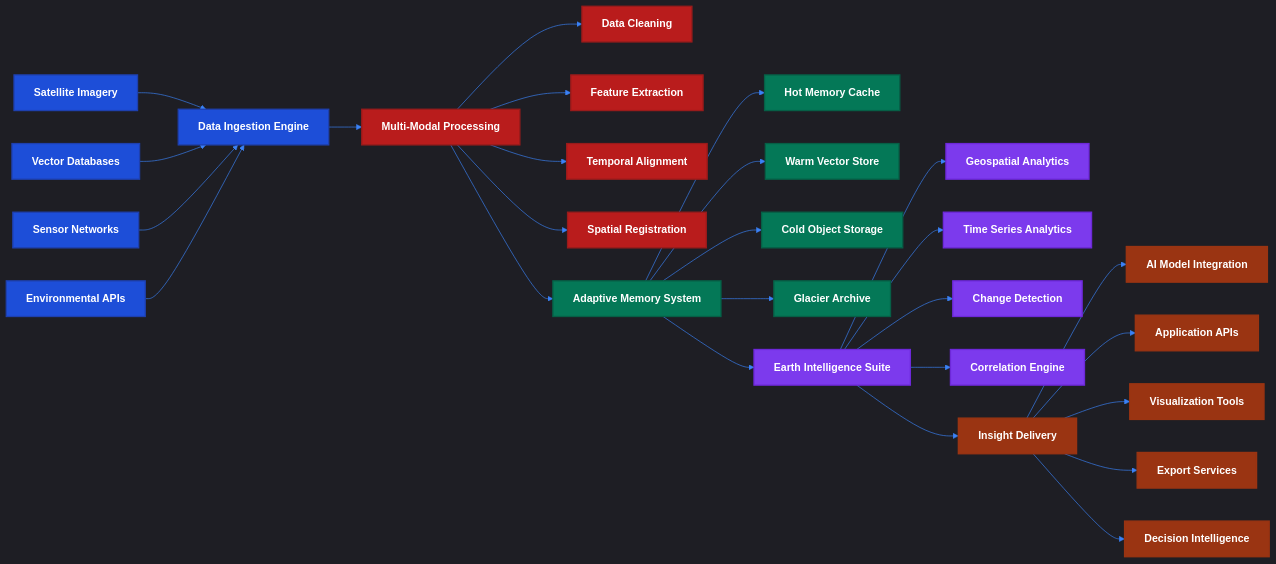
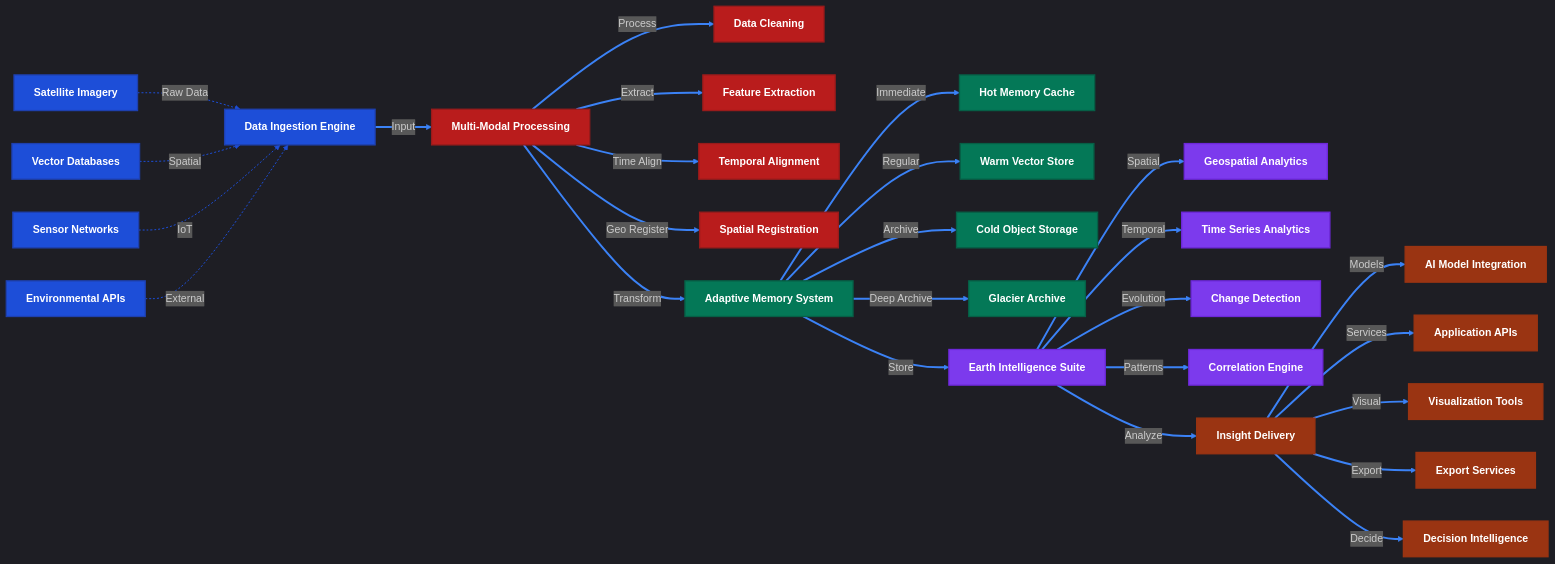
One commit to Vortx-AI/memories-dev changed the fourth of 7 diagrams in README.md. Above: the diagram before and after it, drawn with Mermaid. The commit also changed other lines of this file, not shown here.

Commit message:
Enhance Mermaid diagrams with improved styling, flow indicators, and visual hierarchy

````diff
--- a/README.md
+++ b/README.md
@@ -282,79 +302,82 @@
 ```mermaid
 %%{init: {'theme': 'dark', 'themeVariables': { 'primaryColor': '#0f172a', 'primaryTextColor': '#f8fafc', 'primaryBorderColor': '#334155', 'lineColor': '#3b82f6', 'secondaryColor': '#10b981', 'tertiaryColor': '#8b5cf6'}}}%%
 graph LR
-    classDef ingestion fill:#1d4ed8,stroke:#1e40af,stroke-width:2px,color:white,font-weight:bold
-    classDef processing fill:#b91c1c,stroke:#991b1b,stroke-width:2px,color:white,font-weight:bold
-    classDef storage fill:#047857,stroke:#065f46,stroke-width:2px,color:white,font-weight:bold
-    classDef analytics fill:#7c3aed,stroke:#6d28d9,stroke-width:2px,color:white,font-weight:bold
-    classDef delivery fill:#9a3412,stroke:#9a3412,stroke-width:2px,color:white,font-weight:bold
+    classDef ingestion fill:#1d4ed8,stroke:#1e40af,stroke-width:2px,color:white,font-weight:bold,rounded:true
+    classDef processing fill:#b91c1c,stroke:#991b1b,stroke-width:2px,color:white,font-weight:bold,rounded:true
+    classDef storage fill:#047857,stroke:#065f46,stroke-width:2px,color:white,font-weight:bold,rounded:true
+    classDef analytics fill:#7c3aed,stroke:#6d28d9,stroke-width:2px,color:white,font-weight:bold,rounded:true
+    classDef delivery fill:#9a3412,stroke:#9a3412,stroke-width:2px,color:white,font-weight:bold,rounded:true
     
     %% Data Ingestion Nodes
-    A1[Satellite Imagery] --> A
-    A2[Vector Databases] --> A
-    A3[Sensor Networks] --> A
-    A4[Environmental APIs] --> A
-    A[Data Ingestion Engine] --> B
+    A1[Satellite Imagery] -.->|"Raw Data"| A
+    A2[Vector Databases] -.->|"Spatial"| A
+    A3[Sensor Networks] -.->|"IoT"| A
+    A4[Environmental APIs] -.->|"External"| A
+    A[Data Ingestion Engine] ==>|"Input"| B
     
     %% Data Processing Nodes
-    B --> B1[Data Cleaning]
-    B --> B2[Feature Extraction]
-    B --> B3[Temporal Alignment]
-    B --> B4[Spatial Registration]
-    B[Multi-Modal Processing] --> C
+    B ==>|"Process"| B1[Data Cleaning]
+    B ==>|"Extract"| B2[Feature Extraction]
+    B ==>|"Time Align"| B3[Temporal Alignment]
+    B ==>|"Geo Register"| B4[Spatial Registration]
+    B[Multi-Modal Processing] ==>|"Transform"| C
     
     %% Storage Nodes
-    C --> C1[Hot Memory Cache]
-    C --> C2[Warm Vector Store]
-    C --> C3[Cold Object Storage]
-    C --> C4[Glacier Archive]
-    C[Adaptive Memory System] --> D
+    C ==>|"Immediate"| C1[Hot Memory Cache]
+    C ==>|"Regular"| C2[Warm Vector Store]
+    C ==>|"Archive"| C3[Cold Object Storage]
+    C ==>|"Deep Archive"| C4[Glacier Archive]
+    C[Adaptive Memory System] ==>|"Store"| D
     
     %% Analytics Nodes
-    D --> D1[Geospatial Analytics]
-    D --> D2[Time Series Analytics]
-    D --> D3[Change Detection]
-    D --> D4[Correlation Engine]
-    D[Earth Intelligence Suite] --> E
+    D ==>|"Spatial"| D1[Geospatial Analytics]
+    D ==>|"Temporal"| D2[Time Series Analytics]
+    D ==>|"Evolution"| D3[Change Detection]
+    D ==>|"Patterns"| D4[Correlation Engine]
+    D[Earth Intelligence Suite] ==>|"Analyze"| E
     
     %% Delivery Nodes
-    E --> E1[AI Model Integration]
-    E --> E2[Application APIs]
-    E --> E3[Visualization Tools]
-    E --> E4[Export Services]
-    E[Insight Delivery] --> F
+    E ==>|"Models"| E1[AI Model Integration]
+    E ==>|"Services"| E2[Application APIs]
+    E ==>|"Visual"| E3[Visualization Tools]
+    E ==>|"Export"| E4[Export Services]
+    E[Insight Delivery] ==>|"Decide"| F
     
     F[Decision Intelligence]
     
     %% Classifications
     A1:::ingestion
     A2:::ingestion
     A3:::ingestion
     A4:::ingestion
     A:::ingestion
     
     B1:::processing
     B2:::processing
     B3:::processing
     B4:::processing
     B:::processing
     
     C1:::storage
     C2:::storage
     C3:::storage
     C4:::storage
     C:::storage
     
     D1:::analytics
     D2:::analytics
     D3:::analytics
     D4:::analytics
     D:::analytics
     
     E1:::delivery
     E2:::delivery
     E3:::delivery
     E4:::delivery
     E:::delivery
     
     F:::delivery
+    
+    linkStyle 0,1,2,3 stroke:#1d4ed8,stroke-width:1.5px,stroke-dasharray:3,curve:basis;
+    linkStyle 4,5,6,7,8,9,10,11,12,13,14,15,16,17,18,19,20,21,22,23,24 stroke-width:3px,fill:none,curve:basis;
 ```
````
